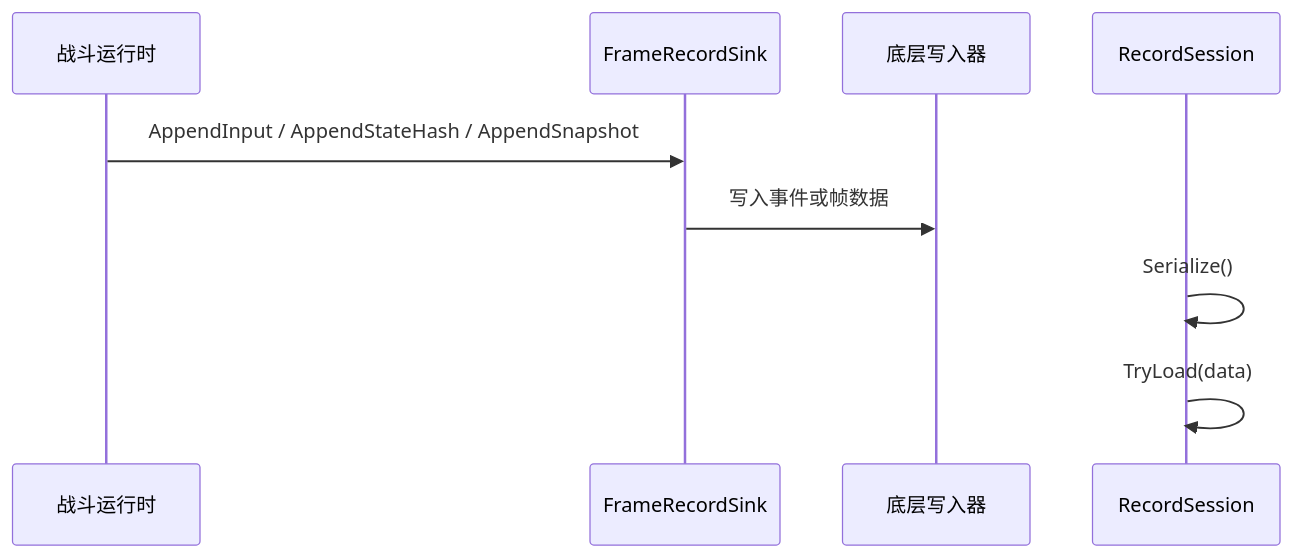
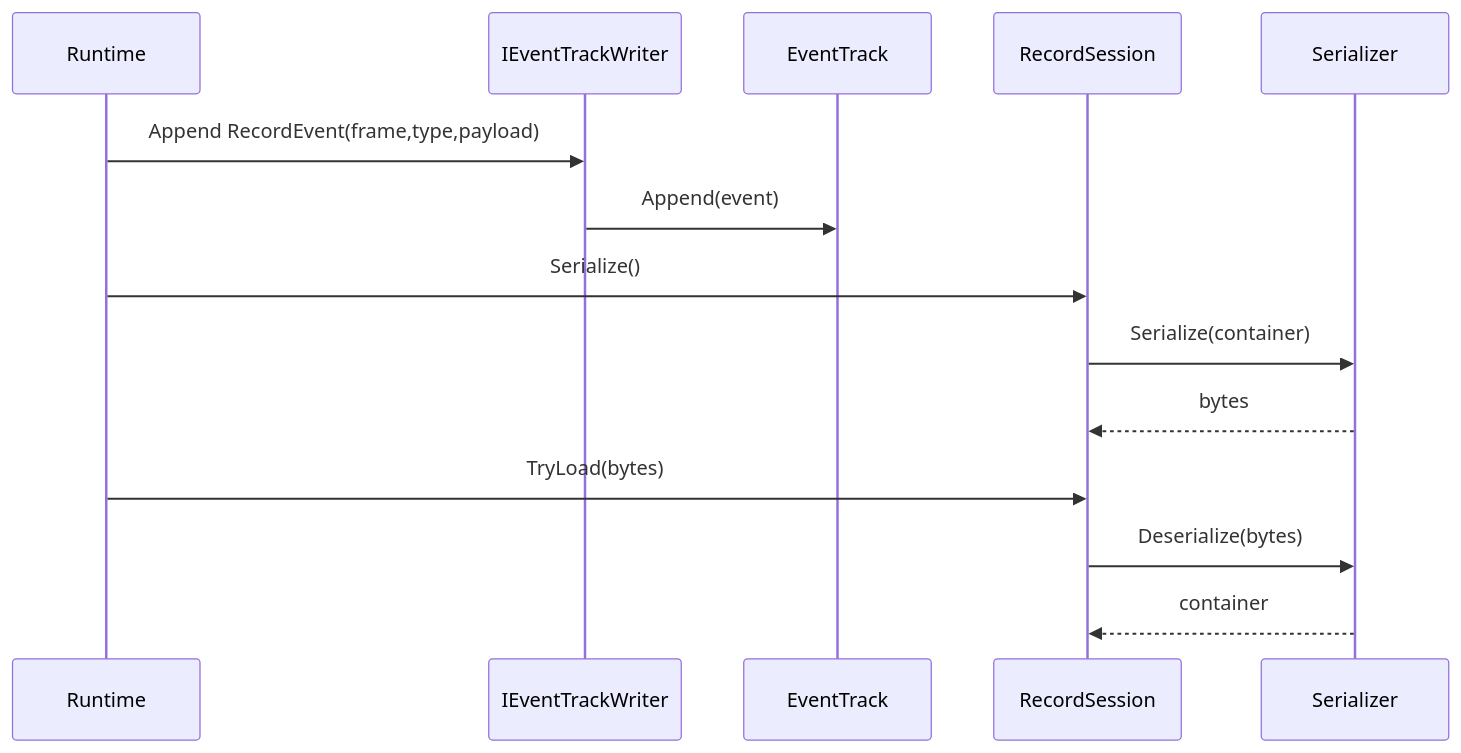
The tenth of 12 diagrams in Docs/design/07-NetworkSynchronization/04-ReplaySystem.md (Kurumioi/AbilityKit), drawn with Mermaid before and after one commit. The commit also changed other lines of this file and 389 other files, not shown here.

````diff
--- a/Docs/design/07-NetworkSynchronization/04-ReplaySystem.md
+++ b/Docs/design/07-NetworkSynchronization/04-ReplaySystem.md
@@ -270,12 +446,17 @@
 ```mermaid
 sequenceDiagram
-    participant Runtime as 战斗运行时
-    participant Sink as FrameRecordSink
-    participant Writer as 底层写入器
+    participant Runtime as Runtime
+    participant Writer as IEventTrackWriter
+    participant Track as EventTrack
     participant Session as RecordSession
+    participant Serializer as Serializer
 
-    Runtime->>Sink: AppendInput / AppendStateHash / AppendSnapshot
-    Sink->>Writer: 写入事件或帧数据
-    Session->>Session: Serialize()
-    Session->>Session: TryLoad(data)
+    Runtime->>Writer: Append RecordEvent(frame,type,payload)
+    Writer->>Track: Append(event)
+    Runtime->>Session: Serialize()
+    Session->>Serializer: Serialize(container)
+    Serializer-->>Session: bytes
+    Runtime->>Session: TryLoad(bytes)
+    Session->>Serializer: Deserialize(bytes)
+    Serializer-->>Session: container
 ```
````
